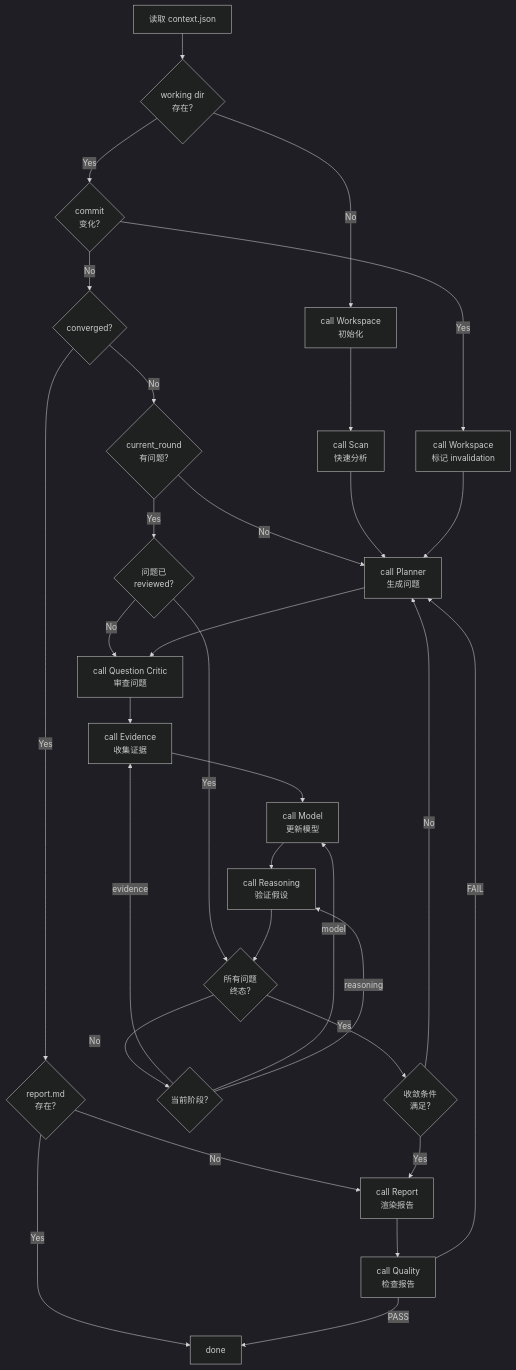
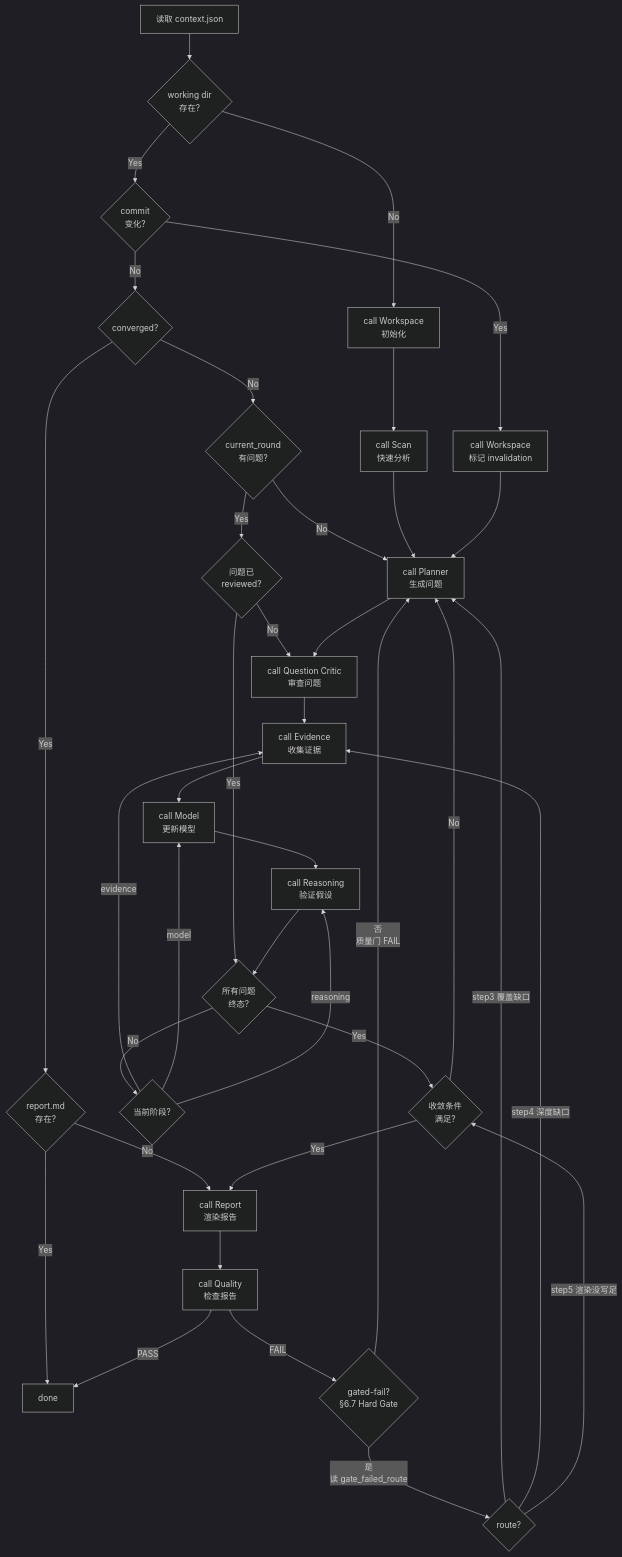
One commit to devweekly/devweekly.github.io changed the diagram in .trae/skills/repo-arch-engineering/agents/orchestrator.md. Above: the diagram before and after it, drawn with Mermaid (dark theme). The commit also changed other lines of this file and 27 other files, not shown here.

````diff
--- a/.trae/skills/repo-arch-engineering/agents/orchestrator.md
+++ b/.trae/skills/repo-arch-engineering/agents/orchestrator.md
@@ -32,34 +32,39 @@
 ```mermaid
 flowchart TD
     Start[读取 context.json] --> C1{working dir<br/>存在?}
     C1 -->|No| WS[call Workspace<br/>初始化]
     C1 -->|Yes| C2{commit<br/>变化?}
     C2 -->|Yes| WS2[call Workspace<br/>标记 invalidation]
     C2 -->|No| C3{converged?}
     C3 -->|Yes| C4{report.md<br/>存在?}
     C4 -->|No| RPT[call Report<br/>渲染报告]
     C4 -->|Yes| DONE[done]
     C3 -->|No| C5{current_round<br/>有问题?}
     C5 -->|No| PLN[call Planner<br/>生成问题]
     C5 -->|Yes| C6{问题已<br/>reviewed?}
     C6 -->|No| QC[call Question Critic<br/>审查问题]
     C6 -->|Yes| C7{所有问题<br/>终态?}
     C7 -->|No| C8{当前阶段?}
     C8 -->|evidence| EVI[call Evidence<br/>收集证据]
     C8 -->|model| MDL[call Model<br/>更新模型]
     C8 -->|reasoning| RSN[call Reasoning<br/>验证假设]
     C7 -->|Yes| C9{收敛条件<br/>满足?}
     C9 -->|Yes| RPT
     C9 -->|No| PLN
     WS --> S2[call Scan<br/>快速分析]
     S2 --> PLN
     WS2 --> PLN
     PLN --> QC
     QC --> EVI
     EVI --> MDL
     MDL --> RSN
     RSN --> C7
     RPT --> QL[call Quality<br/>检查报告]
     QL -->|PASS| DONE
-    QL -->|FAIL| PLN
+    QL -->|FAIL| QR{gated-fail?<br/>§6.7 Hard Gate}
+    QR -->|否<br/>质量门 FAIL| PLN
+    QR -->|是<br/>读 gate_failed_route| GRR{route?}
+    GRR -->|step3 覆盖缺口| PLN
+    GRR -->|step4 深度缺口| EVI
+    GRR -->|step5 渲染没写足| C9
 ```
````
